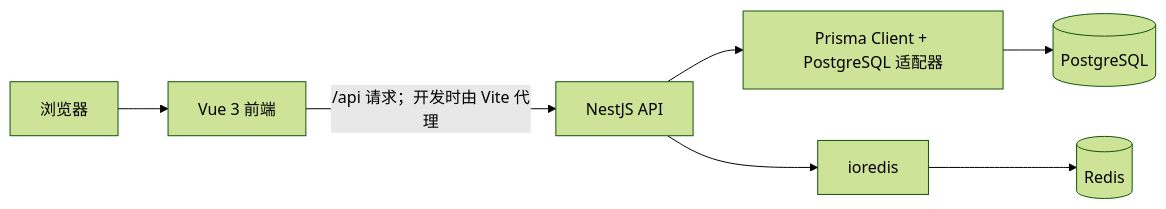
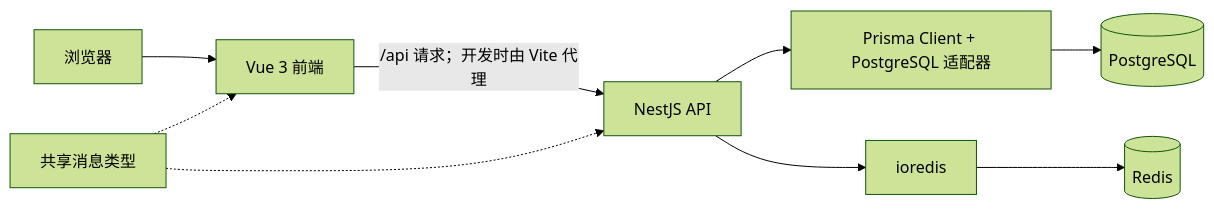
One commit to BearXJJ/OneDep changed the diagram in README.md. Above: the diagram before and after it, drawn with Mermaid (forest theme). The commit also changed other lines of this file and 20 other files, not shown here.

````diff
--- a/README.md
+++ b/README.md
@@ -9,9 +9,11 @@
 ```mermaid
 flowchart LR
     Browser[浏览器] --> Web[Vue 3 前端]
     Web -->|/api 请求；开发时由 Vite 代理| API[NestJS API]
     API --> Prisma[Prisma Client + PostgreSQL 适配器]
     Prisma --> Postgres[(PostgreSQL)]
     API --> RedisClient[ioredis]
     RedisClient --> Redis[(Redis)]
+    Shared[共享消息类型] -.-> Web
+    Shared -.-> API
 ```
````
